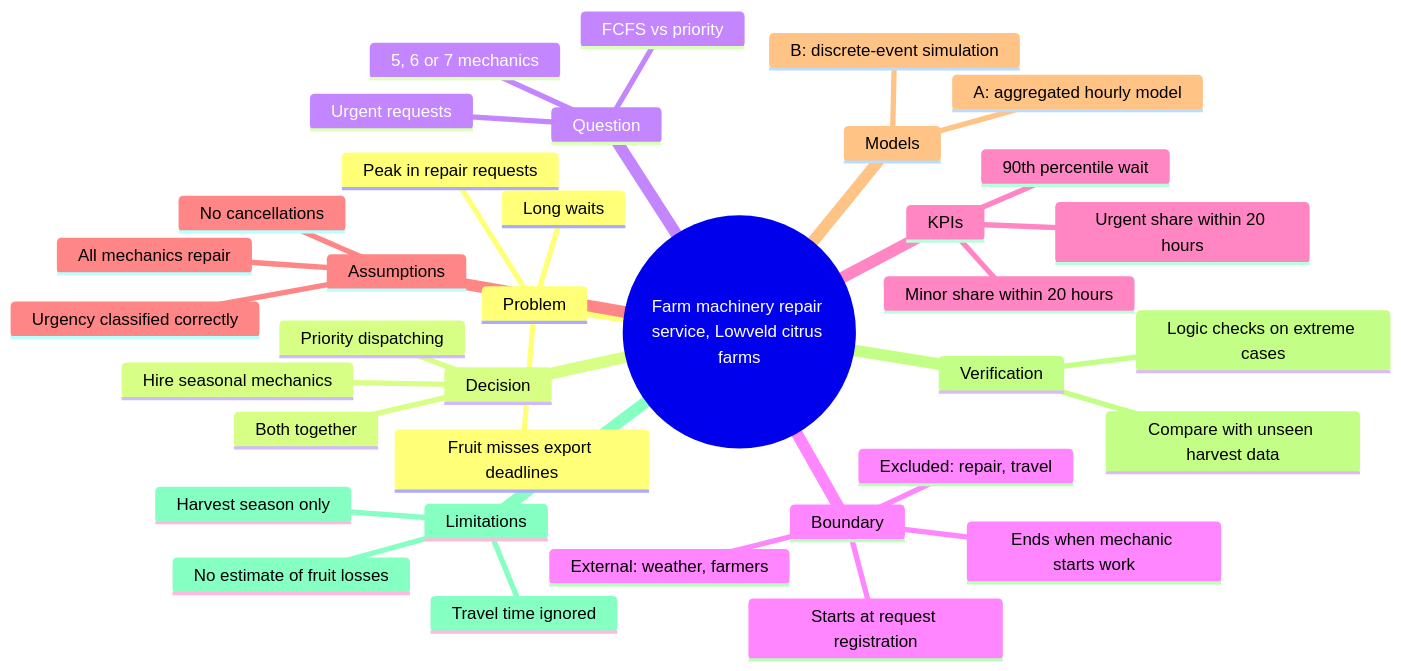
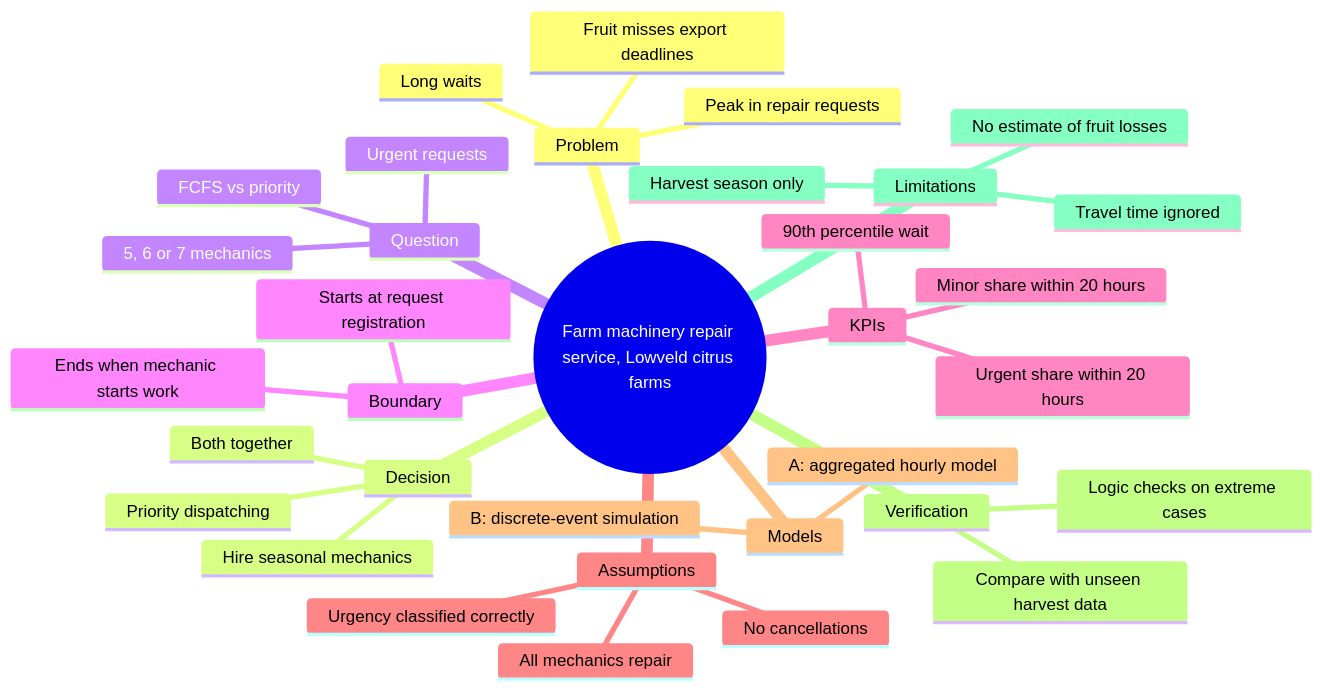
Before and after one commit to Timana442/Citrus-Farm-Repair-Model: the first of 2 diagrams in README.md, drawn with Mermaid.

````diff
--- a/README.md
+++ b/README.md
@@ -5,39 +5,37 @@
 ```mermaid
 mindmap
   root((Farm machinery repair service, Lowveld citrus farms))
     Problem
       Peak in repair requests
       Long waits
       Fruit misses export deadlines
     Decision
       Hire seasonal mechanics
       Priority dispatching
       Both together
     Question
       Urgent requests
       5, 6 or 7 mechanics
       FCFS vs priority
     Boundary
       Starts at request registration
       Ends when mechanic starts work
-      External: weather, farmers
-      Excluded: repair, travel
     KPIs
       Urgent share within 20 hours
       90th percentile wait
       Minor share within 20 hours
     Assumptions
       All mechanics repair
       Urgency classified correctly
       No cancellations
     Models
       A: aggregated hourly model
       B: discrete-event simulation
     Verification
       Logic checks on extreme cases
       Compare with unseen harvest data
     Limitations
       No estimate of fruit losses
       Harvest season only
       Travel time ignored
 ```
````
